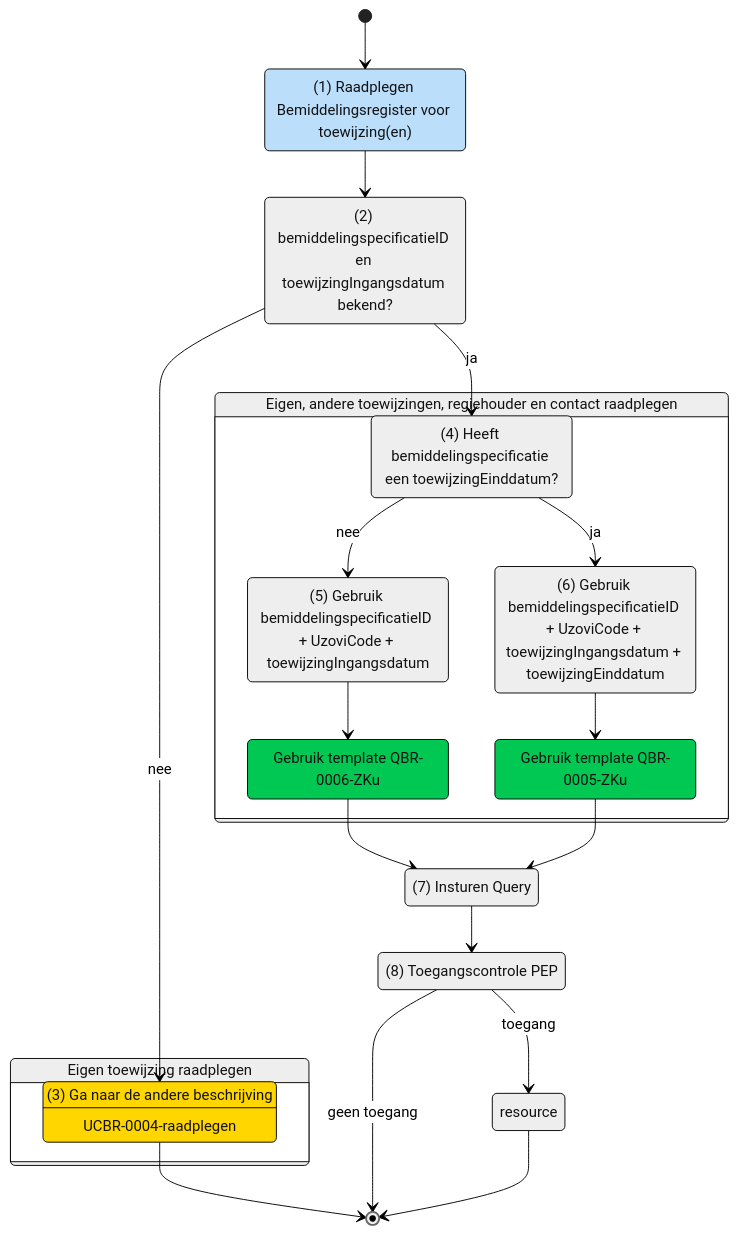
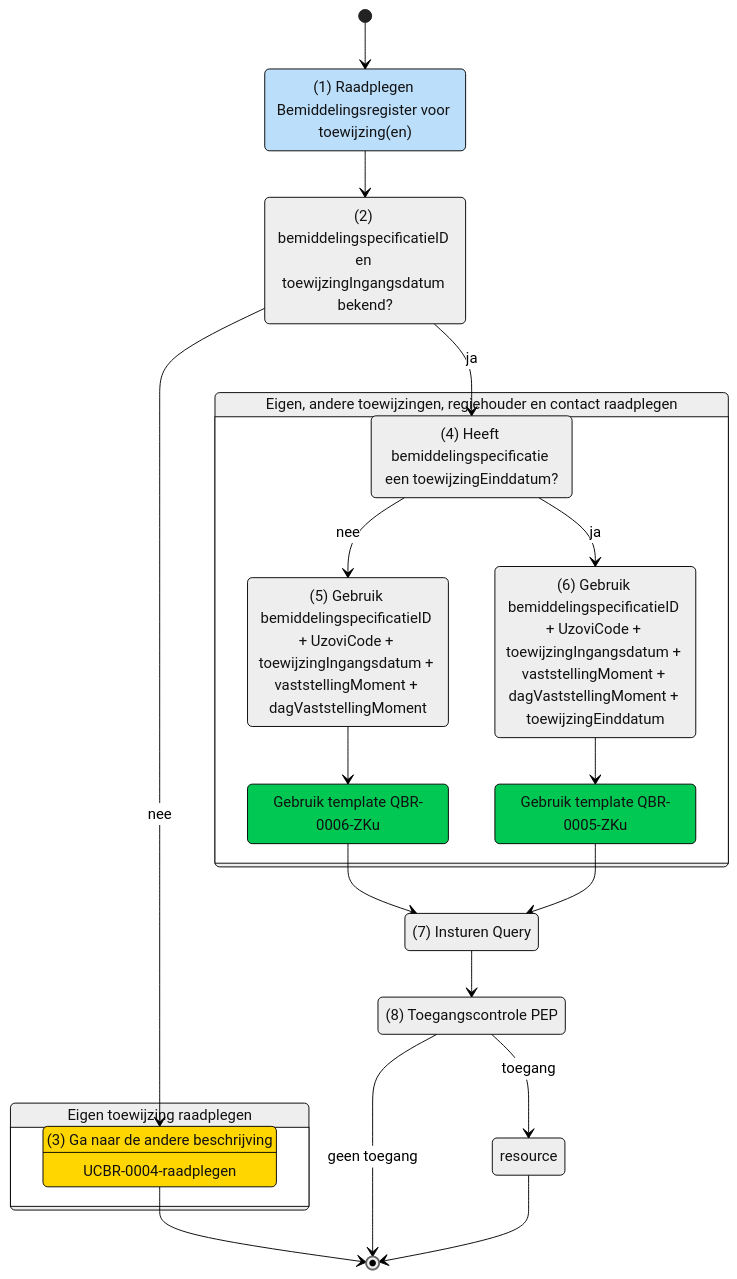
Before and after one commit to iStandaarden/iWlz-bemiddeling: the second of 2 diagrams in raadplegen/zorgkantoor/UCBR-0005_6-raadplegen.md, drawn with Mermaid. The commit also changed other lines of this file, not shown here.

````diff
--- a/raadplegen/zorgkantoor/UCBR-0005_6-raadplegen.md
+++ b/raadplegen/zorgkantoor/UCBR-0005_6-raadplegen.md
@@ -56,56 +56,56 @@
 ```mermaid
 ---
 config:
   theme: neutral
   look: classic
 ---
 stateDiagram
     [*] --> raadplegen
     state idAvailable <<choice>>
     raadplegen --> idAvailable
     idAvailable --> notifyWait: nee
     state eigen {
       notifyWait 
     }
     notifyWait --> [*]
 
 
     
     state einddatum <<choice>>
     idAvailable --> einddatum: ja
     state andere {
       einddatum --> QBR0003ZAiq: nee
       einddatum --> QBR0002ZAiq: ja
       QBR0003ZAiq --> QBR0003ZA
       QBR0002ZAiq --> QBR0002ZA
     }
     QBR0003ZA --> SENT
     QBR0002ZA --> SENT 
     SENT --> PEP
     PEP --> [*]: geen toegang
     PEP --> resource: toegang
     resource --> [*]
 
 
     raadplegen: (1) Raadplegen Bemiddelingsregister voor toewijzing(en)
     eigen: Eigen toewijzing raadplegen
     andere: Eigen, andere toewijzingen, regiehouder en contact raadplegen
     idAvailable: (2) bemiddelingspecificatieID en toewijzingIngangsdatum bekend?
     notifyWait: (3) Ga naar de andere beschrijving
     notifyWait: UCBR-0004-raadplegen
 
     einddatum: (4) Heeft bemiddelingspecificatie een toewijzingEinddatum?
 
 
-    QBR0002ZAiq: (6) Gebruik bemiddelingspecificatieID + UzoviCode + toewijzingIngangsdatum + toewijzingEinddatum
+    QBR0002ZAiq: (6) Gebruik bemiddelingspecificatieID + UzoviCode + toewijzingIngangsdatum + vaststellingMoment + dagVaststellingMoment + toewijzingEinddatum
     QBR0002ZA: Gebruik template QBR-0005-ZKu
-    QBR0003ZAiq: (5) Gebruik bemiddelingspecificatieID + UzoviCode + toewijzingIngangsdatum
+    QBR0003ZAiq: (5) Gebruik bemiddelingspecificatieID + UzoviCode + toewijzingIngangsdatum + vaststellingMoment + dagVaststellingMoment
     QBR0003ZA: Gebruik template QBR-0006-ZKu
     SENT: (7) Insturen Query
     PEP: (8) Toegangscontrole PEP
 
   style notifyWait fill:#FFD600
   style raadplegen fill:#BBDEFB,color:none
   style notifyReceive,haalData,inputQuery fill:#C8E6C9
   style QBR0001ZA,QBR0002ZA,QBR0003ZA fill:#00C853
 ```
````
